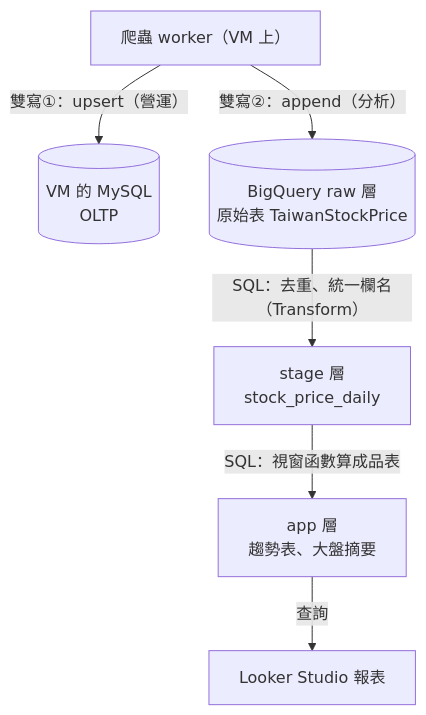
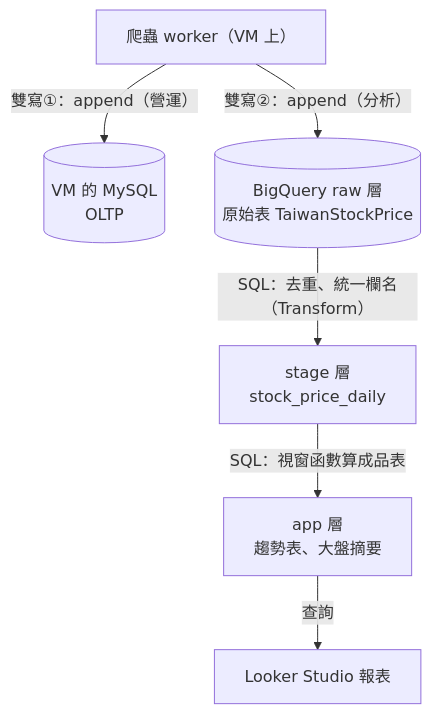
One commit to lu791019/stock-crawler-de-course-materials changed the diagram in 課程手冊/課程手冊15 - BigQuery資料倉儲.md. Above: the diagram before and after it, drawn with Mermaid. The commit also changed other lines of this file and 1 other file, not shown here.

Commit message:
docs: 修正雙寫版爬蟲寫 MySQL 的描述——主線是 append 不是 upsert（第 6 章的 upsert 在 duplicate 版），連帶修 15 章對照表與流程圖、16 章三種寫入語義的說法

````diff
--- a/課程手冊/課程手冊15 - BigQuery資料倉儲.md
+++ b/課程手冊/課程手冊15 - BigQuery資料倉儲.md
@@ -103,8 +103,8 @@
 ```mermaid
 flowchart TD
-    C["爬蟲 worker（VM 上）"] -->|"雙寫①：upsert（營運）"| M[("VM 的 MySQL<br/>OLTP")]
+    C["爬蟲 worker（VM 上）"] -->|"雙寫①：append（營運）"| M[("VM 的 MySQL<br/>OLTP")]
     C -->|"雙寫②：append（分析）"| R[("BigQuery raw 層<br/>原始表 TaiwanStockPrice")]
     R -->|"SQL：去重、統一欄名（Transform）"| S["stage 層<br/>stock_price_daily"]
     S -->|"SQL：視窗函數算成品表"| A["app 層<br/>趨勢表、大盤摘要"]
     A -->|查詢| BI["Looker Studio 報表"]
 ```
````
